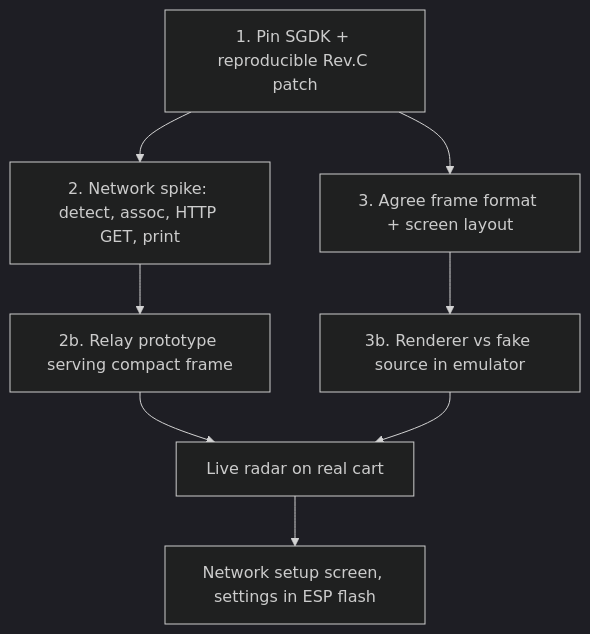
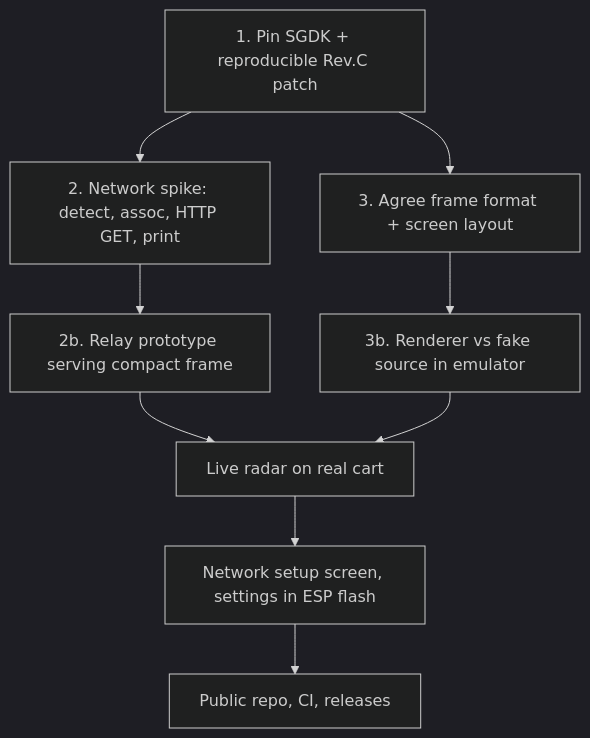
The diagram in lode/plans/roadmap.md (jfryman/mega-wifi-radar), drawn with Mermaid (dark theme) before and after one commit. The commit also changed other lines of this file and 23 other files, not shown here.

````diff
--- a/lode/plans/roadmap.md
+++ b/lode/plans/roadmap.md
@@ -3,10 +3,11 @@
 ```mermaid
 flowchart TD
   S1[1. Pin SGDK + reproducible Rev.C patch] --> S2[2. Network spike: detect, assoc, HTTP GET, print]
   S2 --> S3[2b. Relay prototype serving compact frame]
   S1 --> S4[3. Agree frame format + screen layout]
   S4 --> S5[3b. Renderer vs fake source in emulator]
   S3 --> S6[Live radar on real cart]
   S5 --> S6
   S6 --> S7[Network setup screen, settings in ESP flash]
+  S7 --> S8[Public repo, CI, releases]
 ```
````
